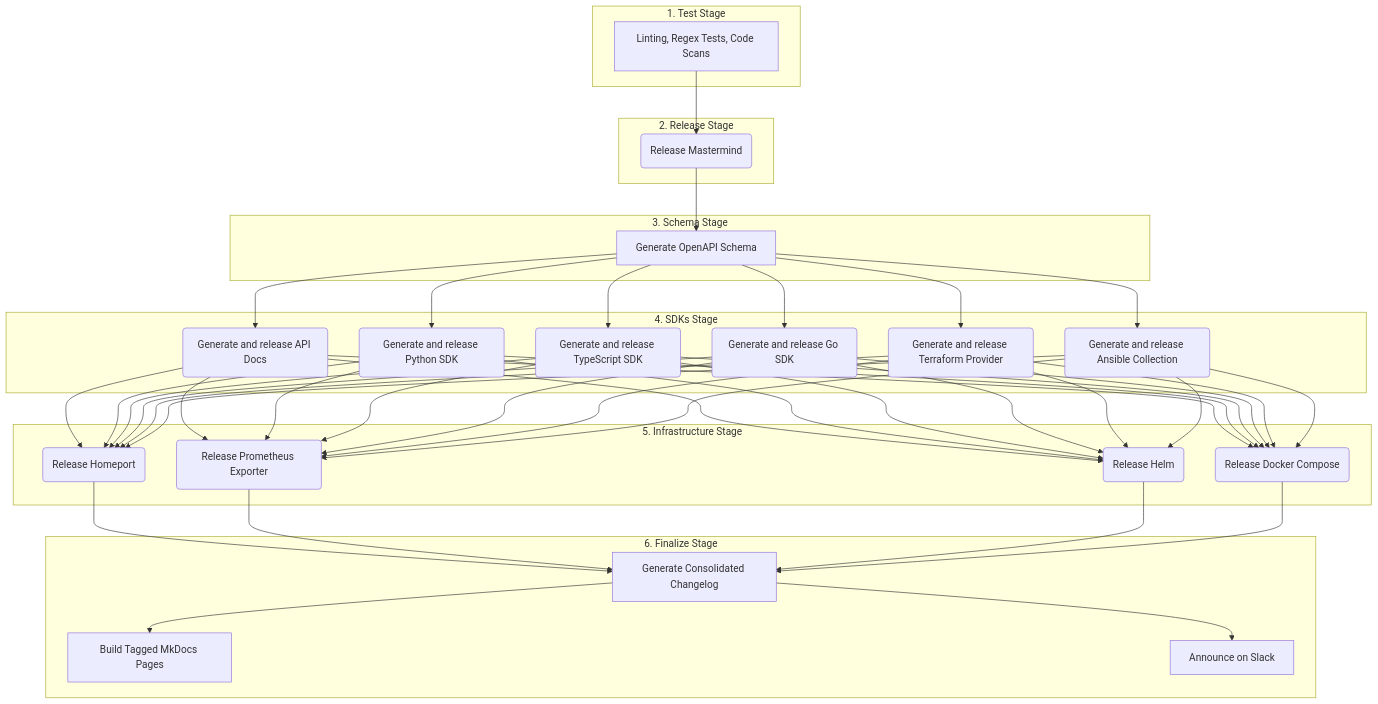
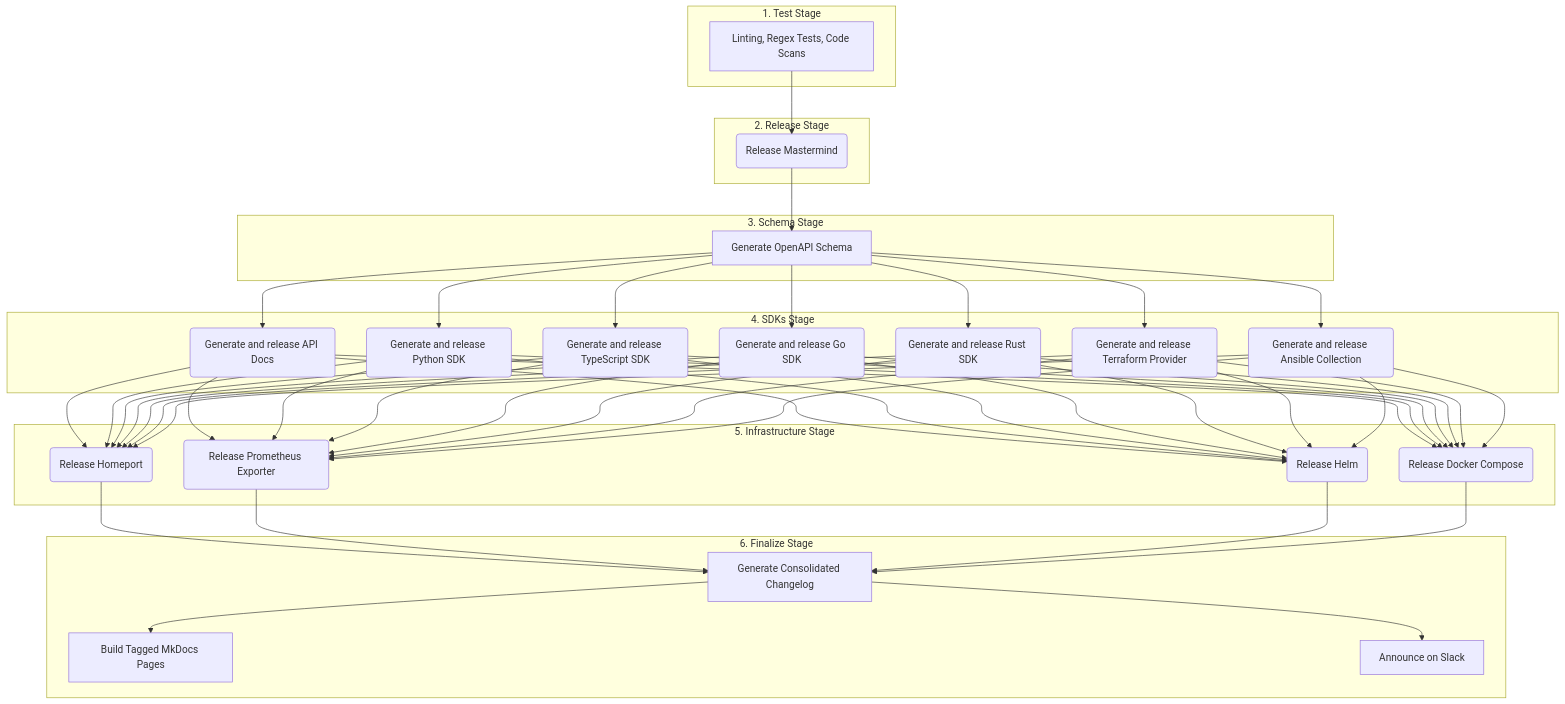
The diagram in docs/developer-guide/release-orchestration.md (waldur/waldur-docs), drawn with Mermaid before and after one commit. The commit also changed other lines of this file, not shown here.

````diff
--- a/docs/developer-guide/release-orchestration.md
+++ b/docs/developer-guide/release-orchestration.md
@@ -70,44 +71,45 @@
 ```mermaid
 graph TD
     subgraph 1. Test Stage
         T[Linting, Regex Tests, Code Scans]
     end
 
     subgraph 2. Release Stage
         C1(Release Mastermind)
     end
 
     subgraph 3. Schema Stage
         O[Generate OpenAPI Schema]
     end
 
     subgraph 4. SDKs Stage
         S1(Generate and release API Docs)
         S2(Generate and release Python SDK)
         S3(Generate and release TypeScript SDK)
         S4(Generate and release Go SDK)
-        S5(Generate and release Terraform Provider)
-        S6(Generate and release Ansible Collection)
+        S5(Generate and release Rust SDK)
+        S6(Generate and release Terraform Provider)
+        S7(Generate and release Ansible Collection)
     end
 
     subgraph 5. Infrastructure Stage
         D1(Release Homeport)
         D2(Release Prometheus Exporter)
         D3(Release Helm)
         D4(Release Docker Compose)
     end
 
     subgraph 6. Finalize Stage
         CH[Generate Consolidated Changelog]
         MK[Build Tagged MkDocs Pages]
         SL[Announce on Slack]
     end
 
     T --> C1
     C1 --> O
-    O --> S1 & S2 & S3 & S4 & S5 & S6
-    S1 & S2 & S3 & S4 & S5 & S6 --> D1 & D2 & D3 & D4
+    O --> S1 & S2 & S3 & S4 & S5 & S6 & S7
+    S1 & S2 & S3 & S4 & S5 & S6 & S7 --> D1 & D2 & D3 & D4
     D1 & D2 & D3 & D4 --> CH
     CH --> MK
     CH --> SL
 ```
````
